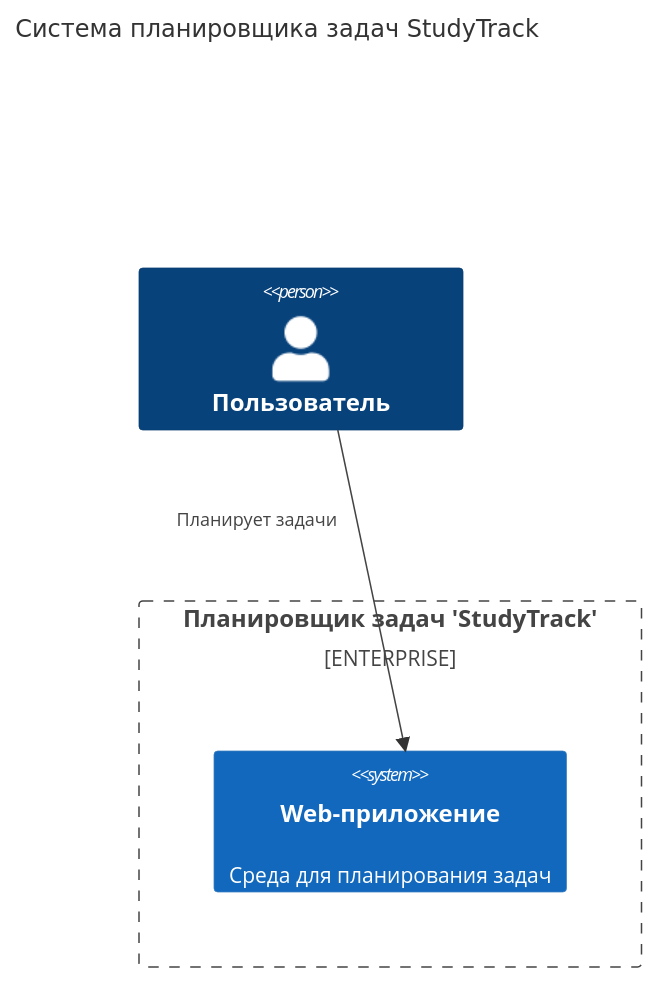
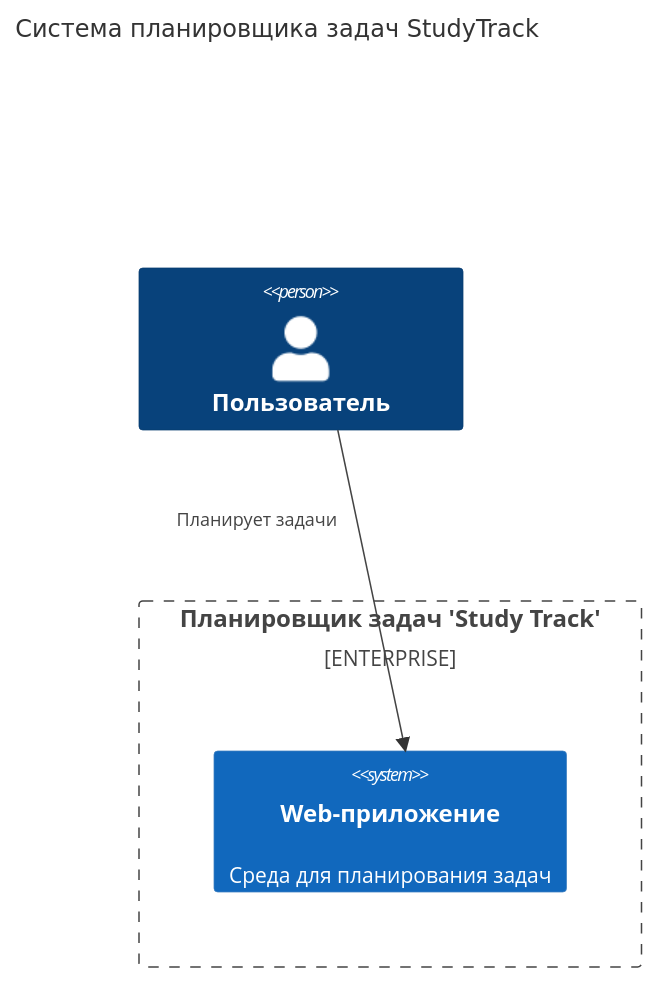
The diagram in c4/context.md (hse-perm-sandbox/study-track-docs), drawn with Mermaid before and after one commit. The commit also changed 1 other file, not shown here.

Commit message:
Исправил er

````diff
--- a/c4/context.md
+++ b/c4/context.md
@@ -4,14 +4,14 @@
 ```mermaid
 C4Context
     title Система планировщика задач StudyTrack
 
-    Enterprise_Boundary(ST, "Планировщик задач 'StudyTrack'") {
+    Enterprise_Boundary(ST, "Планировщик задач 'Study Track'") {
         System(app, "Web-приложение", "Среда для планирования задач")
     }
 
     Person(client, "Пользователь")
 
     Rel(client, app, "Планирует задачи")
     UpdateRelStyle(client, app, $offsetX="-130", $offsetY="-50")
 
 ```
````
